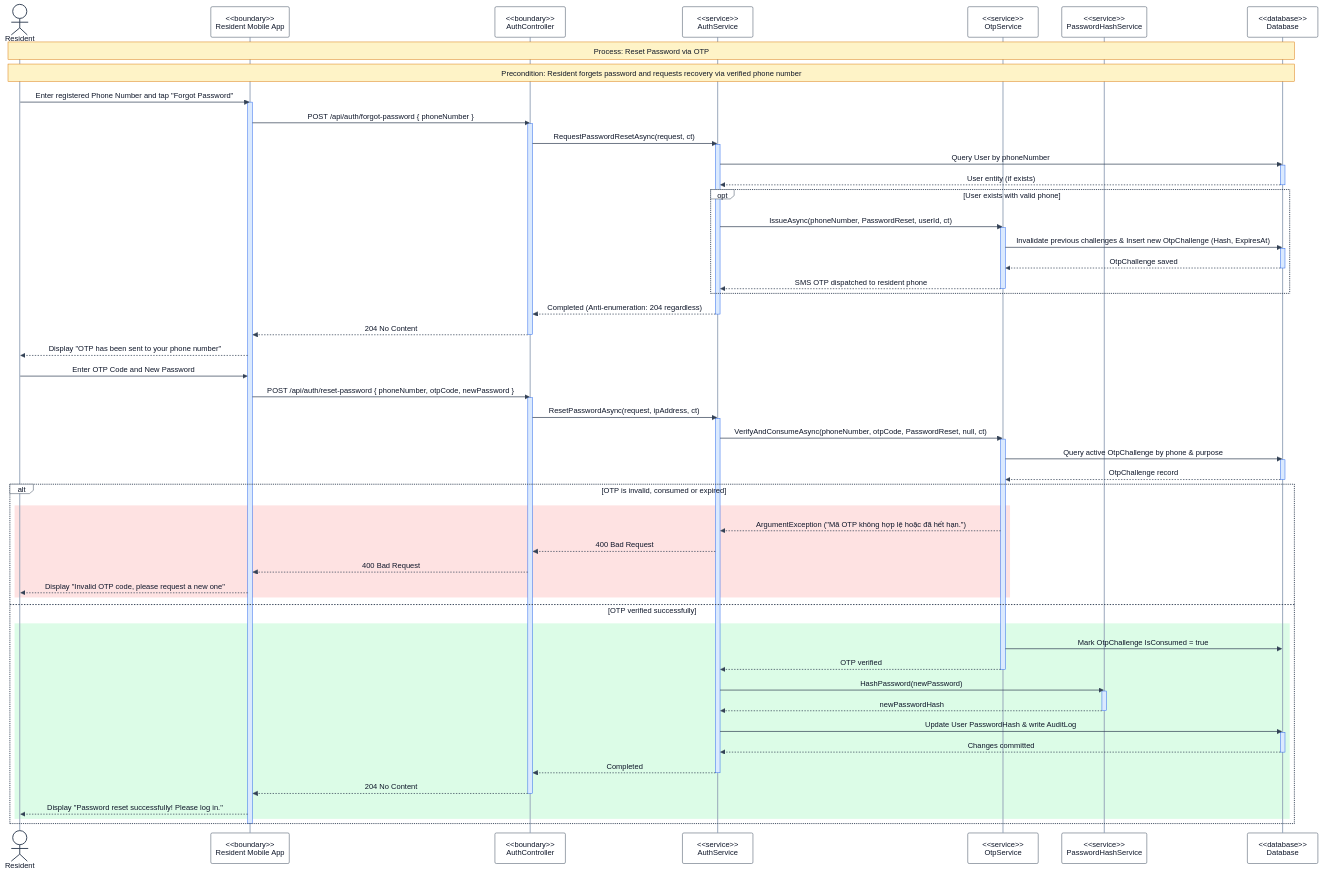
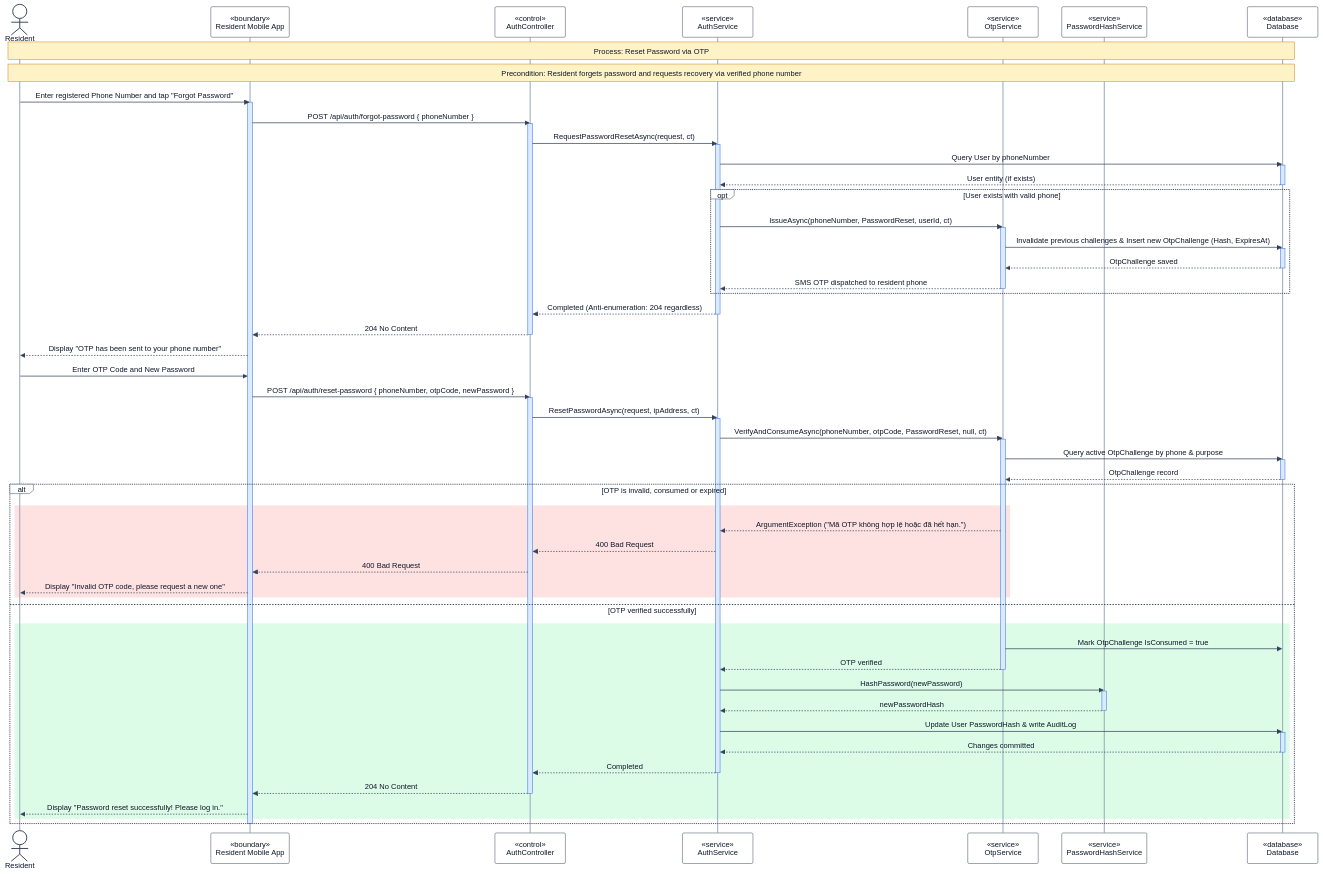
Before and after one commit to se-05-sdlms/smart-locking-diagram: the diagram in RP4/3.6 Resident Account, Preferences & Parcel Management/3.6.4 Reset Password via OTP Sequence Diagram.md, drawn with Mermaid. The commit also changed 36 other files, not shown here.

Commit message:
Update diagram

```diff
--- a/RP4/3.6 Resident Account, Preferences & Parcel Management/3.6.4 Reset Password via OTP Sequence Diagram.md
+++ b/RP4/3.6 Resident Account, Preferences & Parcel Management/3.6.4 Reset Password via OTP Sequence Diagram.md
@@ -21,12 +21,12 @@
 sequenceDiagram
 
 actor RES as Resident
-participant APP as <<boundary>><br/>Resident Mobile App
-participant CTRL as <<boundary>><br/>AuthController
-participant SVC as <<service>><br/>AuthService
-participant OTP as <<service>><br/>OtpService
-participant PASS as <<service>><br/>PasswordHashService
-participant DB as <<database>><br/>Database
+participant APP as «boundary»<br/>Resident Mobile App
+participant CTRL as «control»<br/>AuthController
+participant SVC as «service»<br/>AuthService
+participant OTP as «service»<br/>OtpService
+participant PASS as «service»<br/>PasswordHashService
+participant DB as «database»<br/>Database
 
 Note over RES,DB: Process: Reset Password via OTP
 Note over RES,DB: Precondition: Resident forgets password and requests recovery via verified phone number
```
